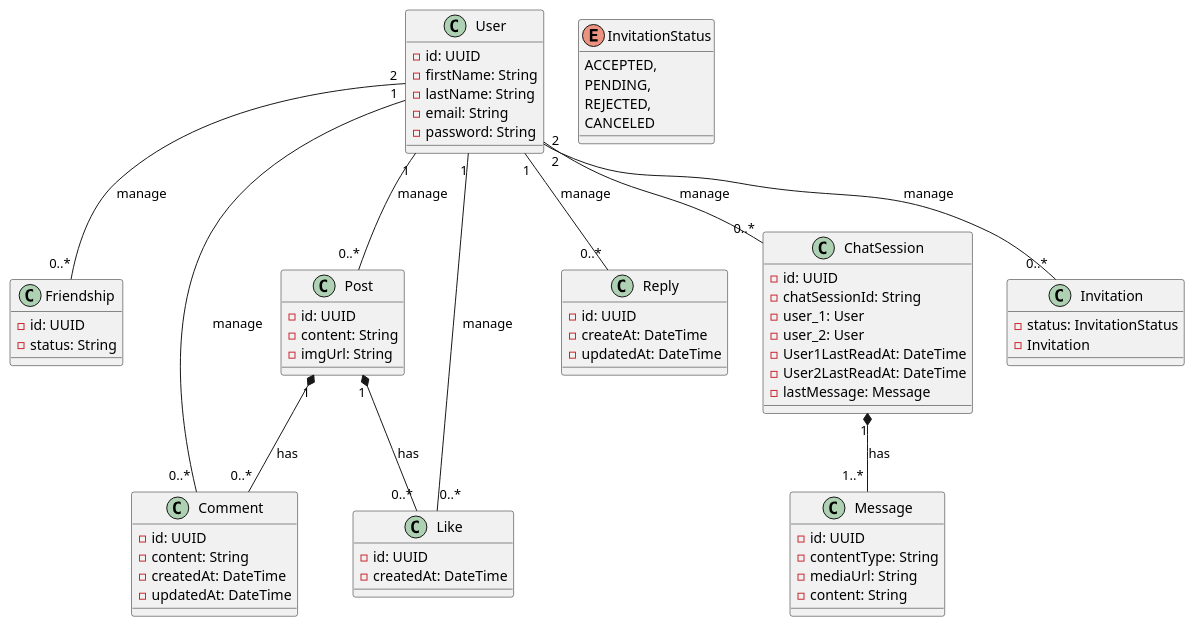
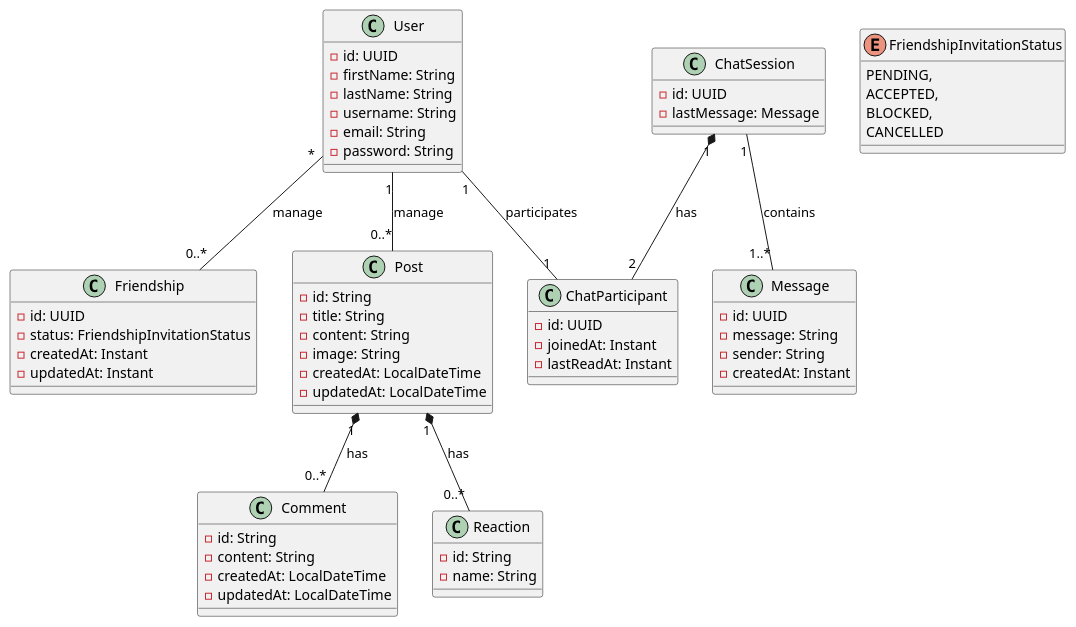
The diagram in conception/class_diagram/class_diagram.puml (Th3You7/LinkUp), drawn with PlantUML before and after one commit. The commit also changed 3 other files, not shown here.

Commit message:
uml new update

```diff
--- a/conception/class_diagram/class_diagram.puml
+++ b/conception/class_diagram/class_diagram.puml
@@ -1,81 +1,88 @@
 @startuml Linkup_diagramm_class
 class User {
     -id: UUID
     -firstName: String
     -lastName: String
+    -username: String
     -email: String
     -password: String
+   
 }
 
 class Friendship {
     -id: UUID
-    -status: String
+    -status: FriendshipInvitationStatus
+    -createdAt: Instant
+    -updatedAt: Instant
 }
 
 class Post {
-    -id: UUID
+    -id: String
+    -title: String
     -content: String
-    -imgUrl: String
+    -image: String
+    -createdAt: LocalDateTime
+    -updatedAt: LocalDateTime
 }
 
 class Comment {
-    -id: UUID
+    -id: String
     -content: String
-    -createdAt: DateTime
-    -updatedAt: DateTime
+    -createdAt: LocalDateTime
+    -updatedAt: LocalDateTime
 }
 
-class Like {
-    -id: UUID
-    -createdAt: DateTime
+class Reaction {
+    -id: String
+    -name: String
 }
 
-class Reply {
-    -id: UUID
-    -createAt: DateTime
-    -updatedAt: DateTime
-}
+
 
 class ChatSession {
     -id: UUID
-    -chatSessionId: String
-    -user_1: User
-    -user_2: User
-    -User1LastReadAt: DateTime
-    -User2LastReadAt: DateTime
     -lastMessage: Message
+}
+
+class ChatParticipant {
+    -id: UUID
+    -joinedAt: Instant
+    -lastReadAt: Instant
 }
 
 class Message {
     -id: UUID
-    -contentType: String
-    -mediaUrl: String
-    -content: String
+    -message: String
+    -sender: String
+    -createdAt: Instant
 }
 
-class Invitation {
-    -status: InvitationStatus
-    -Invitation
-}
 
-enum InvitationStatus {
+enum FriendshipInvitationStatus {
+    PENDING,
     ACCEPTED,
-    PENDING,
-    REJECTED,
-    CANCELED
+    BLOCKED,
+    CANCELLED
 }
 
 
 User "1" -- "0..*" Post : "manage"
-User "1" -- "0..*" Like : "manage"
-User "1" -- "0..* " Comment : "manage"
-User "1" -- "0..*" Reply : "manage"
-User "2" -- "0..*" ChatSession : "manage"
-User "2" -- "0..*" Invitation : "manage"
-User "2" -- "0..*" Friendship : "manage" 
-ChatSession "1" *-- "1..* " Message : "has"
-Post "1" *-- "0..*" Like : "has"
+
+
+
 Post "1" *-- "0..*" Comment : "has"
+Post "1" *-- "0..*" Reaction : "has"
+
+User "*" -- "0..*" Friendship : "manage"
+
+User "1" -- "1" ChatParticipant : "participates"
+ChatSession "1" *-- "2" ChatParticipant : "has"
+ChatSession "1" -- "1..*" Message : "contains"
+
+
+
+
+
 
 
 @enduml
```
